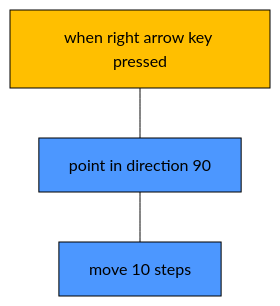
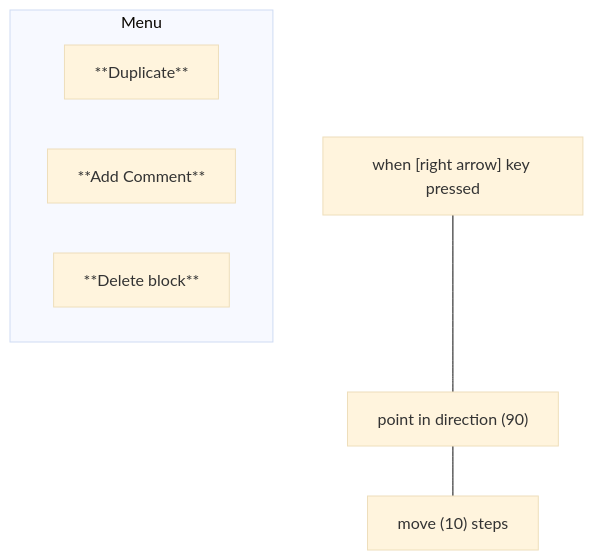
Before and after one commit to zk-007/AutiStudy-App: diagram 14 of 25 in frontend/books_mds/Grade 7/comp/comp_7.md, drawn with Mermaid (base theme). The commit also changed other lines of this file and 12 other files, not shown here.

````diff
--- a/frontend/books_mds/Grade 7/comp/comp_7.md
+++ b/frontend/books_mds/Grade 7/comp/comp_7.md
@@ -3835,13 +3729,14 @@
 ```mermaid
 graph TD
-    A[when right arrow key pressed]
-    B[point in direction 90]
-    C[move 10 steps]
-    
+    A["when [right arrow] key pressed"]
+    B["point in direction (90)"]
+    C["move (10) steps"]
     A --- B
     B --- C
     
-    style A fill:#FFBF00,stroke:#000,color:#000
-    style B fill:#4C97FF,stroke:#000,color:#000
-    style C fill:#4C97FF,stroke:#000,color:#000
+    subgraph Menu
+    D["**Duplicate**"]
+    E["**Add Comment**"]
+    F["**Delete block**"]
+    end
 ```
````
